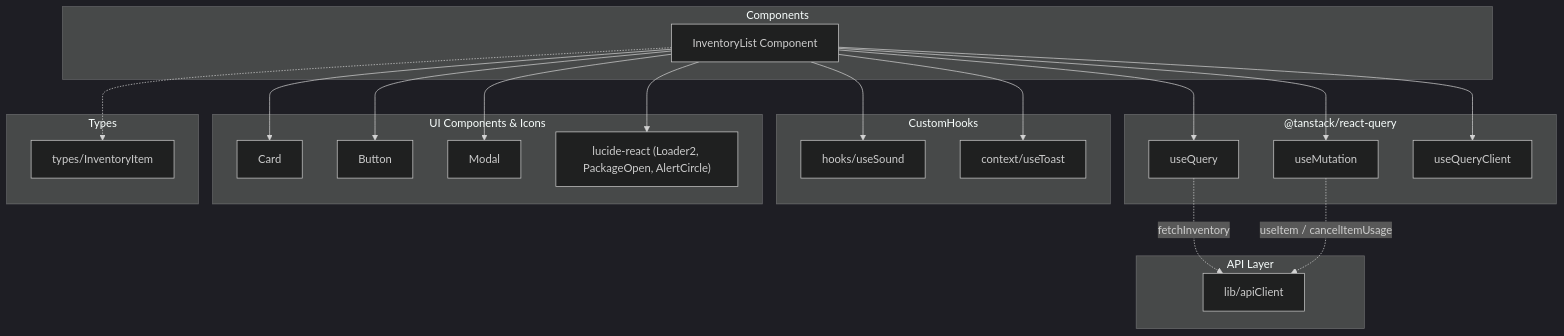
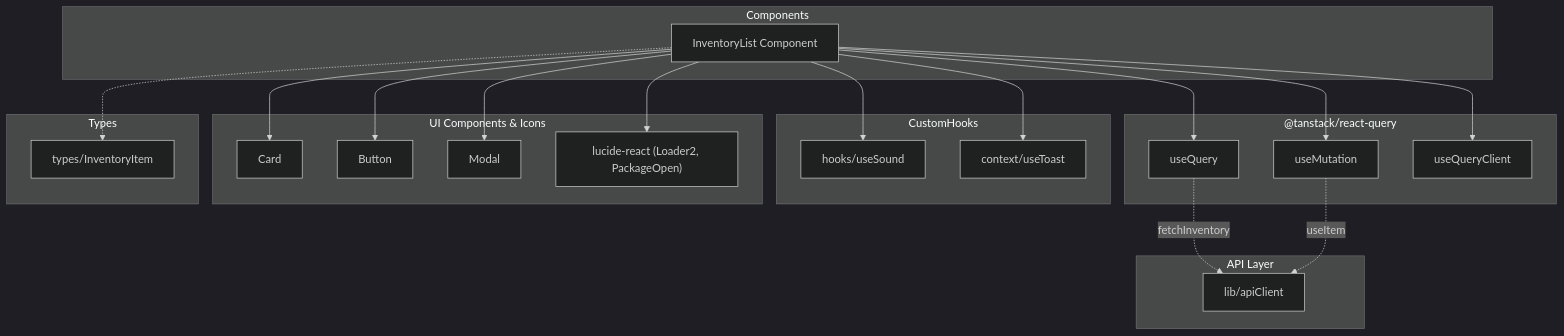
One commit to mmtigers/my_python_project changed the second of 2 diagrams in docs/specifications/family-quest/src/features/shop/components/InventoryList.md. Above: the diagram before and after it, drawn with Mermaid (dark theme). The commit also changed other lines of this file and 6 other files, not shown here.

````diff
--- a/docs/specifications/family-quest/src/features/shop/components/InventoryList.md
+++ b/docs/specifications/family-quest/src/features/shop/components/InventoryList.md
@@ -155,47 +141,47 @@
 ```mermaid
 graph TD
     subgraph Components
         InventoryList["InventoryList Component"]
     end
 
     subgraph ReactQuery ["@tanstack/react-query"]
-        useQuery["useQuery"]
-        useMutation["useMutation"]
-        useQueryClient["useQueryClient"]
+        useQueryHook["useQuery"]
+        useMutationHook["useMutation"]
+        useQueryClientHook["useQueryClient"]
     end
 
     subgraph CustomHooks
         useSoundHook["hooks/useSound"]
         useToastHook["context/useToast"]
     end
 
     subgraph UI ["UI Components & Icons"]
         Card["Card"]
         Button["Button"]
         Modal["Modal"]
-        Lucide["lucide-react (Loader2, PackageOpen, AlertCircle)"]
+        Lucide["lucide-react (Loader2, PackageOpen)"]
     end
 
     subgraph ExternalAPI ["API Layer"]
         apiClient["lib/apiClient"]
     end
 
     subgraph Types
         InventoryItem["types/InventoryItem"]
     end
 
-    InventoryList --> useQuery
-    InventoryList --> useMutation
-    InventoryList --> useQueryClient
+    InventoryList --> useQueryHook
+    InventoryList --> useMutationHook
+    InventoryList --> useQueryClientHook
     InventoryList --> useSoundHook
     InventoryList --> useToastHook
     InventoryList --> Card
     InventoryList --> Button
     InventoryList --> Modal
     InventoryList --> Lucide
     InventoryList -.-> InventoryItem
 
-    useQuery -.->|fetchInventory| apiClient
-    useMutation -.->|useItem / cancelItemUsage| apiClient
+    useQueryHook -.->|fetchInventory| apiClient
+    useMutationHook -.->|useItem| apiClient
 
 ```
````
